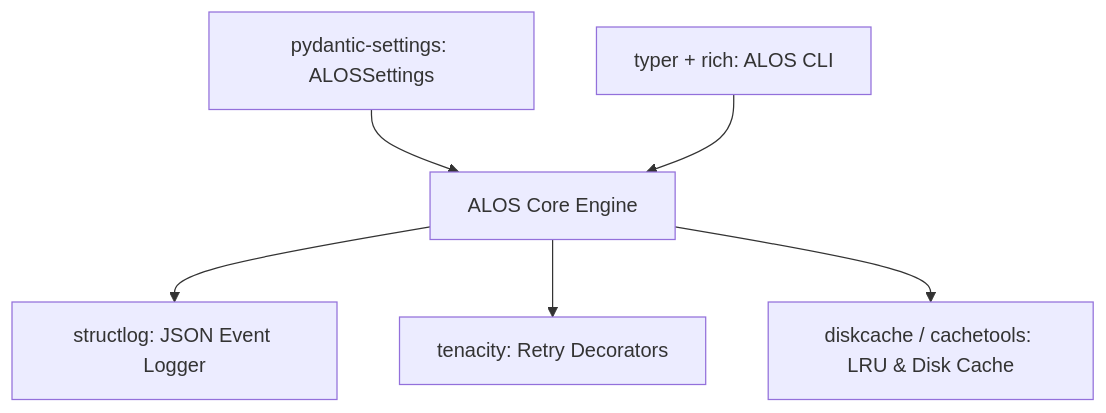
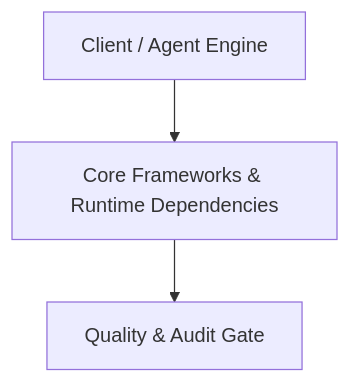
One commit to brandon-fox/alos changed the diagram in specs/09-core-frameworks-and-runtime/plan.md. Above: the diagram before and after it, drawn with Mermaid. The commit also changed other lines of this file and 48 other files, not shown here.

````diff
--- a/specs/09-core-frameworks-and-runtime/plan.md
+++ b/specs/09-core-frameworks-and-runtime/plan.md
@@ -5,8 +5,5 @@
 ```mermaid
 graph TD
-    Config[pydantic-settings: ALOSSettings] --> Core[ALOS Core Engine]
-    Core --> Log[structlog: JSON Event Logger]
-    Core --> Retry[tenacity: Retry Decorators]
-    Core --> Cache[diskcache / cachetools: LRU & Disk Cache]
-    CLI[typer + rich: ALOS CLI] --> Core
+    Client[Client / Agent Engine] --> Component[Core Frameworks & Runtime Dependencies]
+    Component --> QualityGate[Quality & Audit Gate]
 ```
````
